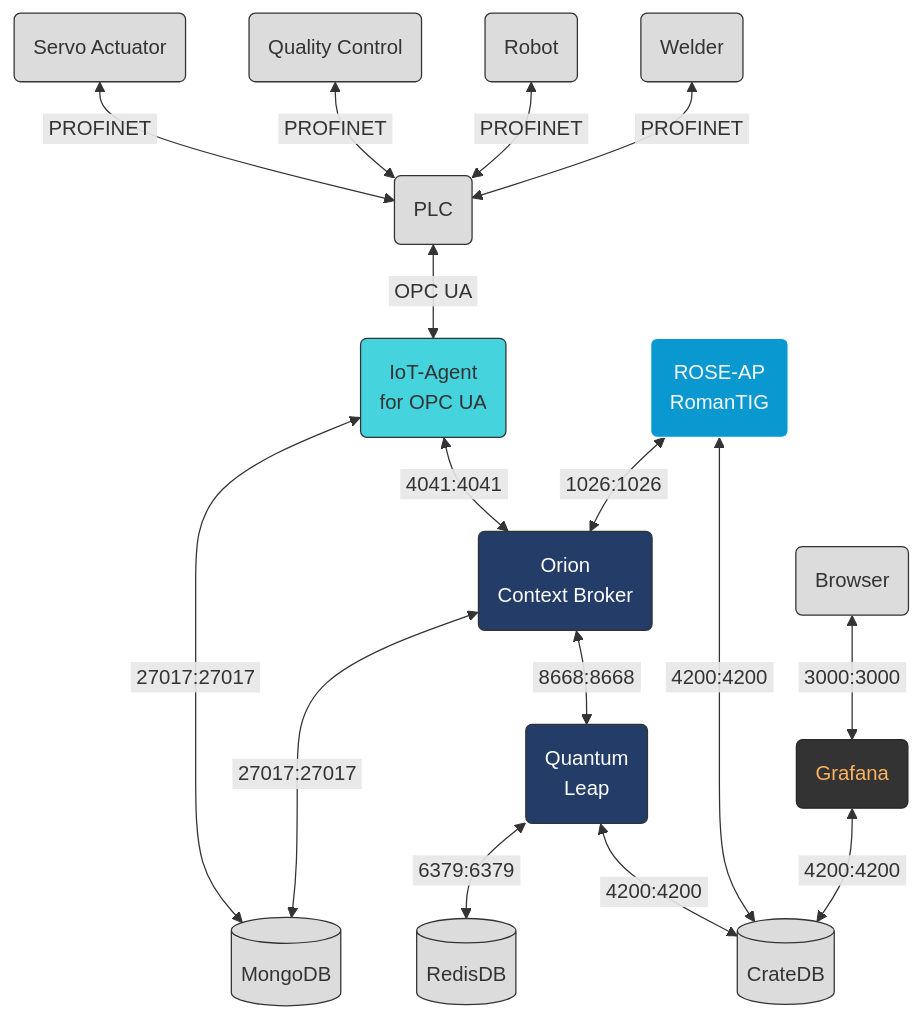
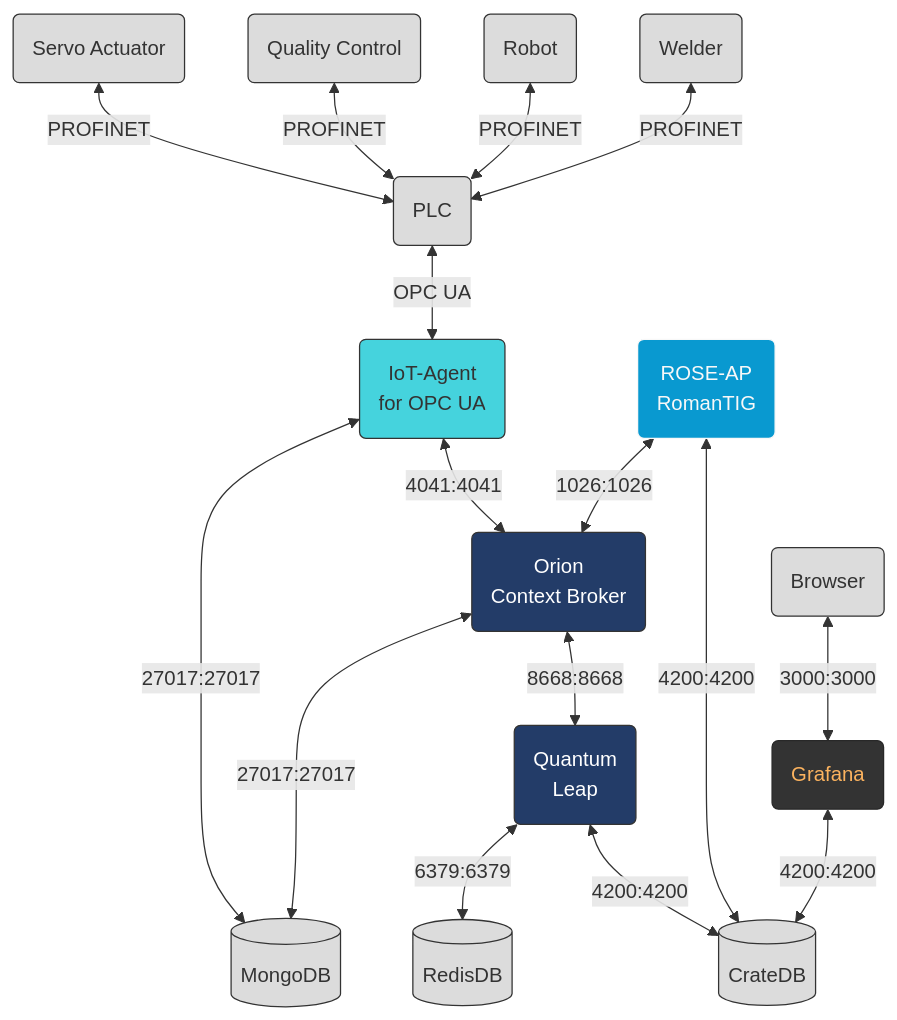
Before and after one commit to claret-srl/ROMANTIG: the second of 2 diagrams in README.md, drawn with Mermaid. The commit also changed other lines of this file, not shown here.

````diff
--- a/README.md
+++ b/README.md
@@ -257,32 +257,32 @@
 ```mermaid
   flowchart TD
     Welder(Welder)
     Robot(Robot)
     QC(Quality Control)
     Actuator(Servo Actuator)
     PLC(PLC)
     IoT-Agent(IoT-Agent \n for OPC UA):::Cyan
     Orion(Orion \n Context Broker):::DarkBlue
     Quantumleap(Quantum \n Leap):::DarkBlue
     ROSE-AP(ROSE-AP \n RomanTIG):::Claret
     Redis[(RedisDB)]
     Mongo[(MongoDB)]
     Crate[(CrateDB)]
     Grafana(Grafana):::Grafana
     Browser(Browser)
 
-    Orion & IoT-Agent <--&nbsp27017:27017&nbsp---> Mongo
-    ROSE-AP <--&nbsp1026:1026&nbsp--> Orion
-    Quantumleap <--&nbsp6379:6379&nbsp--> Redis
-    Welder & Robot & QC & Actuator <--&nbspPROFINET&nbsp--> PLC <--&nbspOPC UA&nbsp--> IoT-Agent <--&nbsp4041:4041&nbsp--> Orion <--&nbsp8668:8668&nbsp--> Quantumleap
-    Browser <--&nbsp3000:3000&nbsp--> Grafana <--&nbsp4200:4200&nbsp--> Crate
-    ROSE-AP  & Quantumleap <--&nbsp4200:4200&nbsp--> Crate
+    Orion & IoT-Agent <--27017:27017---> Mongo
+    ROSE-AP <--1026:1026--> Orion
+    Quantumleap <--6379:6379--> Redis
+    Welder & Robot & QC & Actuator <--PROFINET--> PLC <--OPC UA--> IoT-Agent <--4041:4041--> Orion <--8668:8668--> Quantumleap
+    Browser <--3000:3000--> Grafana <--4200:4200--> Crate
+    ROSE-AP  & Quantumleap <--4200:4200--> Crate
     
 classDef DarkBlue fill:#233C68,stroke:#333,color:#FFF
 classDef Cyan fill:#45D3DD,stroke:#333,color:#333
 classDef Gainsboro fill:Gainsboro,stroke:#333,color:#333
 classDef Grafana fill:#333,Stroke:#282828,color:#FCB35F
 classDef Claret fill:#0999D0,Stroke:#F8F8F8,color:#F8F8F8
 
 class Crate,Mongo,Redis,Welder,Robot,QC,Actuator,PLC,Browser Gainsboro
 ```
````
